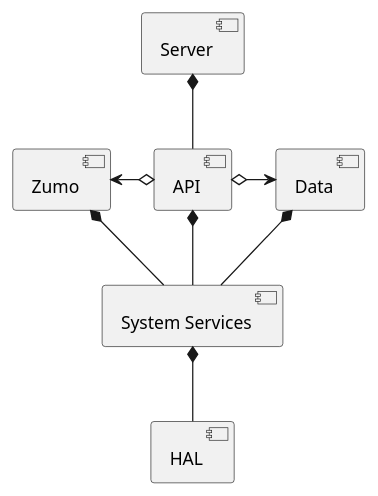
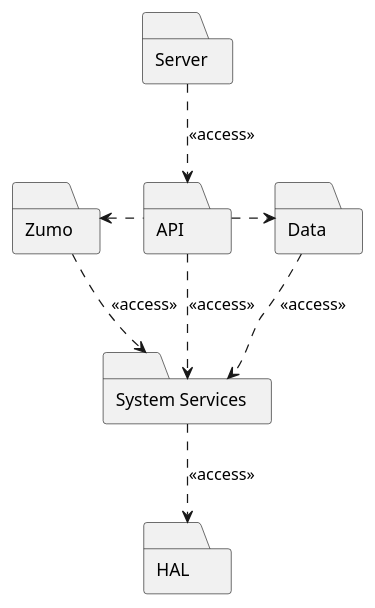
Before and after one commit to NewTec-GmbH/ZumoComSystem: the diagram in Coding/doc/architecture/server/06_System_Architecture_Overview.plantuml, drawn with PlantUML. The commit also changed 1 other file, not shown here.

Commit message:
Updated System Architecture UML Diagram

```diff
--- a/Coding/doc/architecture/server/06_System_Architecture_Overview.plantuml
+++ b/Coding/doc/architecture/server/06_System_Architecture_Overview.plantuml
@@ -1,18 +1,18 @@
 @startuml System Overview
 
-component "Server" as server
-component "API" as api
-component "Data" as data
-component "Zumo" as zumo
-component "System Services" as systemservices
-component "HAL" as hal
+folder "Server" as server
+folder "API" as api
+folder "Data" as data
+folder "Zumo" as zumo
+folder "System Services" as systemservices
+folder "HAL" as hal
 
-server *-down- api
-zumo *-down- systemservices
-data *-down- systemservices
-api *-down- systemservices
-systemservices *-down- hal
-api o-right-> data
-api o-left-> zumo
+server .down.> api : <<access>>
+zumo .down.> systemservices : <<access>>
+data .down.> systemservices : <<access>>
+api .down.> systemservices : <<access>>
+systemservices .down.> hal : <<access>>
+api .right.> data
+api .left.> zumo
 
 @enduml
```
